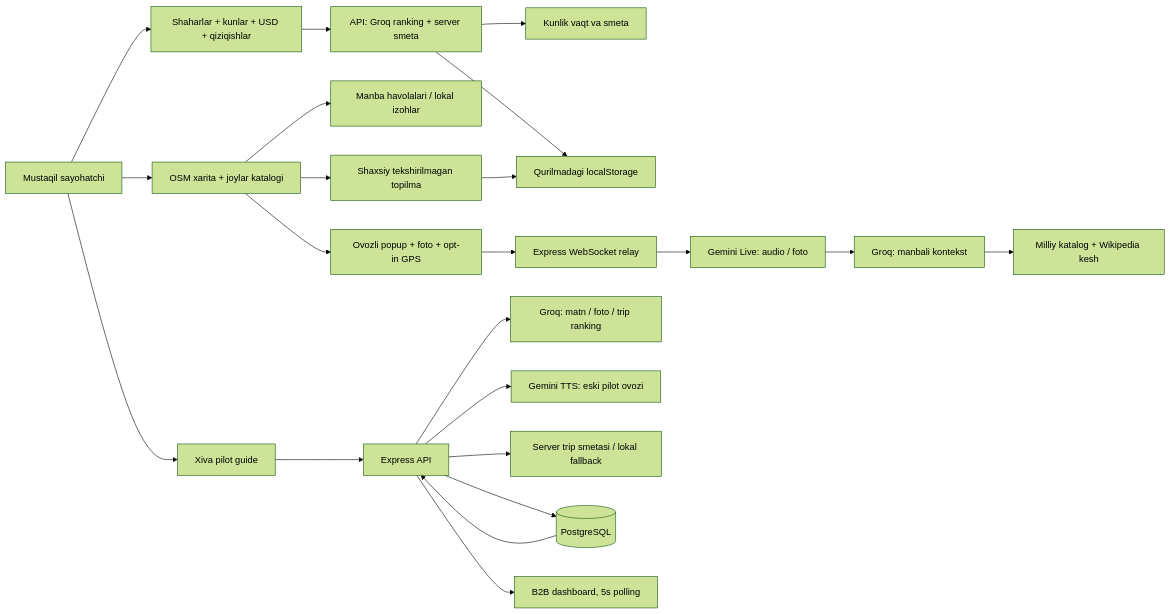
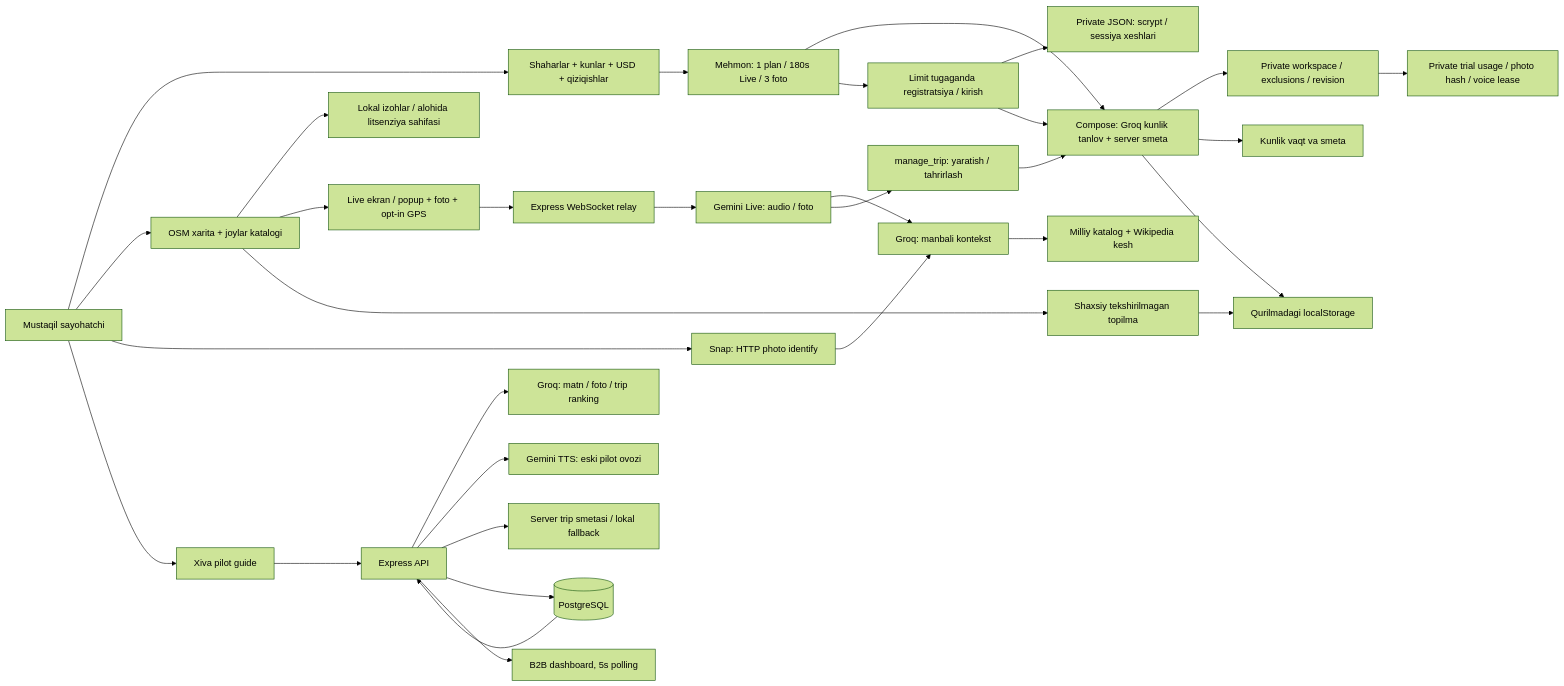
One commit to sfarruhbek/SmartGuide changed the diagram in documentation/ARCHITECTURE.md. Above: the diagram before and after it, drawn with Mermaid (forest theme). The commit also changed other lines of this file and 78 other files, not shown here.

Commit message:
feat: ship Stitch hub with trial access and editable manual or Live AI trips

````diff
--- a/documentation/ARCHITECTURE.md
+++ b/documentation/ARCHITECTURE.md
@@ -7,24 +9,34 @@
 ```mermaid
 flowchart LR
   User[Mustaqil sayohatchi] --> Form[Shaharlar + kunlar + USD + qiziqishlar]
-  Form --> Planner[API: Groq ranking + server smeta]
+  Form --> Trial[Mehmon: 1 plan / 180s Live / 3 foto]
+  Trial --> Planner[Compose: Groq kunlik tanlov + server smeta]
+  Trial --> Auth[Limit tugaganda registratsiya / kirish]
+  Auth --> Accounts[Private JSON: scrypt / sessiya xeshlari]
+  Auth --> Planner
+  Planner --> Workspace[Private workspace / exclusions / revision]
+  Workspace --> Access[Private trial usage / photo hash / voice lease]
   Planner --> Days[Kunlik vaqt va smeta]
   Planner --> Storage[Qurilmadagi localStorage]
   User --> Map[OSM xarita + joylar katalogi]
-  Map --> Sources[Manba havolalari / lokal izohlar]
-  Map --> Live[Ovozli popup + foto + opt-in GPS]
+  Map --> Sources[Lokal izohlar / alohida litsenziya sahifasi]
+  Map --> Live[Live ekran / popup + foto + opt-in GPS]
+  User --> Snap[Snap: HTTP photo identify]
+  Snap --> Tool
   Live --> Relay[Express WebSocket relay]
   Relay --> GeminiLive[Gemini Live: audio / foto]
   GeminiLive --> Tool[Groq: manbali kontekst]
+  GeminiLive --> Manage[manage_trip: yaratish / tahrirlash]
+  Manage --> Planner
   Tool --> Catalog[Milliy katalog + Wikipedia kesh]
   Map --> Draft[Shaxsiy tekshirilmagan topilma]
   Draft --> Storage
   User --> Pilot[Xiva pilot guide]
   Pilot --> API[Express API]
   API --> AI[Groq: matn / foto / trip ranking]
   API --> Voice[Gemini TTS: eski pilot ovozi]
   API --> TripAPI[Server trip smetasi / lokal fallback]
   API --> DB[(PostgreSQL)]
   DB --> API
   API --> Dash[B2B dashboard, 5s polling]
 ```
````
